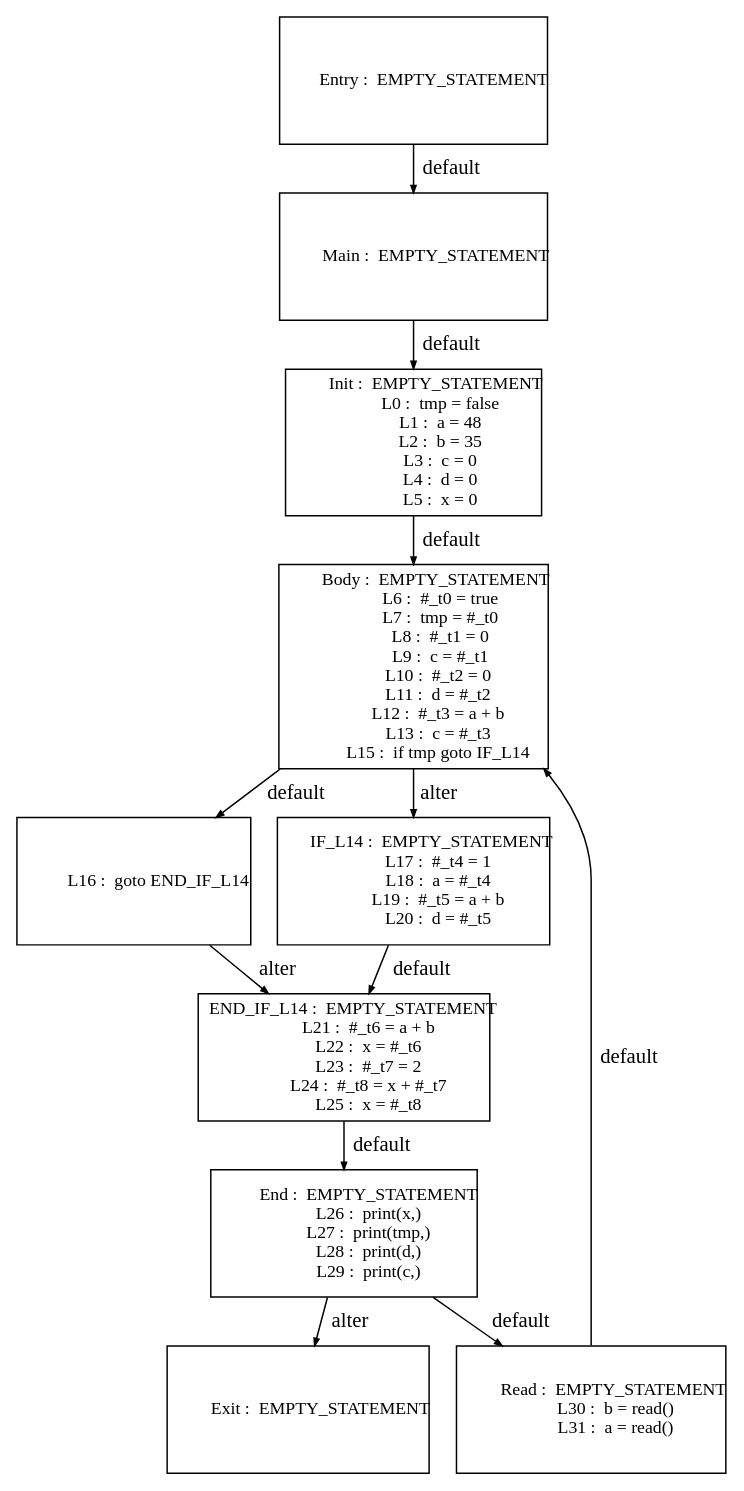
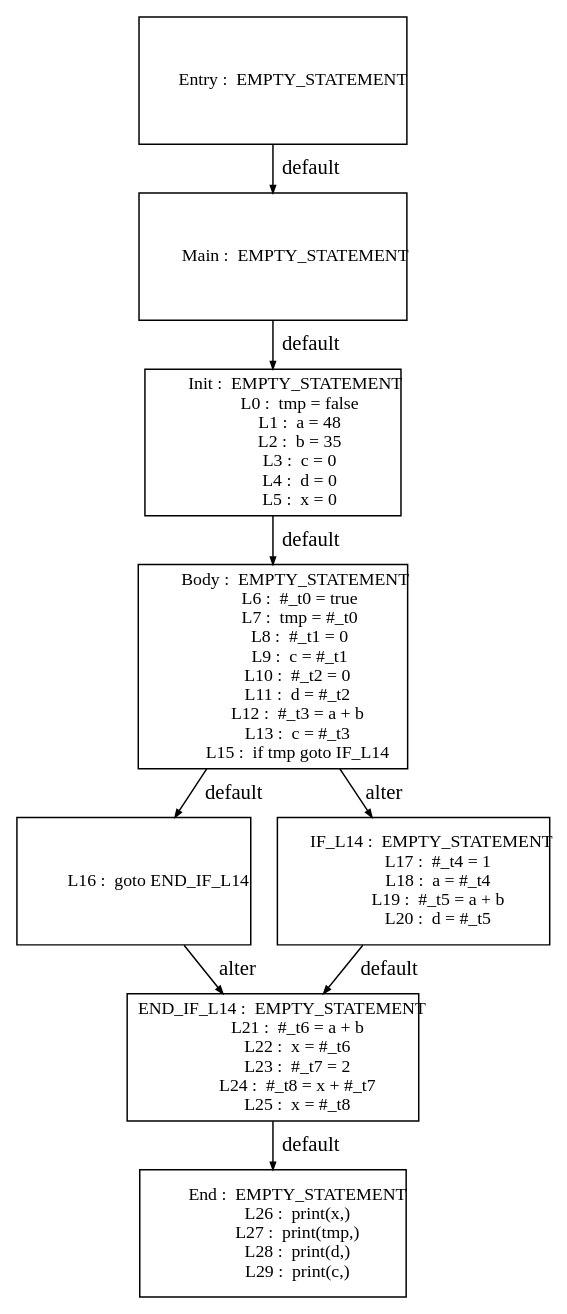
One commit to Geoffrey1014/ST_DSE changed the diagram in tests_programs/dataflow/08_test_output/Graph_origin_0.dot. Above: the diagram before and after it, drawn with Graphviz. The commit also changed 19 other files, not shown here.

```diff
--- a/tests_programs/dataflow/08_test_output/Graph_origin_0.dot
+++ b/tests_programs/dataflow/08_test_output/Graph_origin_0.dot
@@ -1,167 +1,133 @@
 digraph G {
   ranksep=.25;
   edge [arrowsize=.5]
   node [shape=rectangle, fontname="ArialNarrow",
         fontsize=12,  height=1.2];
   "           Main :  EMPTY_STATEMENT
 "; "           Init :  EMPTY_STATEMENT
              L0 :  tmp = false
              L1 :  a = 48
              L2 :  b = 35
              L3 :  c = 0
              L4 :  d = 0
              L5 :  x = 0
 "; "           Body :  EMPTY_STATEMENT
              L6 :  #_t0 = true
              L7 :  tmp = #_t0
              L8 :  #_t1 = 0
              L9 :  c = #_t1
             L10 :  #_t2 = 0
             L11 :  d = #_t2
             L12 :  #_t3 = a + b
             L13 :  c = #_t3
             L15 :  if tmp goto IF_L14
 "; "            L16 :  goto END_IF_L14
 "; "         IF_L14 :  EMPTY_STATEMENT
             L17 :  #_t4 = 1
             L18 :  a = #_t4
             L19 :  #_t5 = a + b
             L20 :  d = #_t5
 "; "     END_IF_L14 :  EMPTY_STATEMENT
             L21 :  #_t6 = a + b
             L22 :  x = #_t6
             L23 :  #_t7 = 2
             L24 :  #_t8 = x + #_t7
             L25 :  x = #_t8
 "; "          Entry :  EMPTY_STATEMENT
 "; "            End :  EMPTY_STATEMENT
             L26 :  print(x,)
             L27 :  print(tmp,)
             L28 :  print(d,)
             L29 :  print(c,)
-"; "           Exit :  EMPTY_STATEMENT
-"; "           Read :  EMPTY_STATEMENT
-            L30 :  b = read()
-            L31 :  a = read()
 "; 
   "           Main :  EMPTY_STATEMENT
 " -> "           Init :  EMPTY_STATEMENT
              L0 :  tmp = false
              L1 :  a = 48
              L2 :  b = 35
              L3 :  c = 0
              L4 :  d = 0
              L5 :  x = 0
 "  [label="default"];
   "           Init :  EMPTY_STATEMENT
              L0 :  tmp = false
              L1 :  a = 48
              L2 :  b = 35
              L3 :  c = 0
              L4 :  d = 0
              L5 :  x = 0
 " -> "           Body :  EMPTY_STATEMENT
              L6 :  #_t0 = true
              L7 :  tmp = #_t0
              L8 :  #_t1 = 0
              L9 :  c = #_t1
             L10 :  #_t2 = 0
             L11 :  d = #_t2
             L12 :  #_t3 = a + b
             L13 :  c = #_t3
             L15 :  if tmp goto IF_L14
 "  [label="default"];
   "           Body :  EMPTY_STATEMENT
              L6 :  #_t0 = true
              L7 :  tmp = #_t0
              L8 :  #_t1 = 0
              L9 :  c = #_t1
             L10 :  #_t2 = 0
             L11 :  d = #_t2
             L12 :  #_t3 = a + b
             L13 :  c = #_t3
             L15 :  if tmp goto IF_L14
 " -> "            L16 :  goto END_IF_L14
 "  [label="default"];
   "           Body :  EMPTY_STATEMENT
              L6 :  #_t0 = true
              L7 :  tmp = #_t0
              L8 :  #_t1 = 0
              L9 :  c = #_t1
             L10 :  #_t2 = 0
             L11 :  d = #_t2
             L12 :  #_t3 = a + b
             L13 :  c = #_t3
             L15 :  if tmp goto IF_L14
 " -> "         IF_L14 :  EMPTY_STATEMENT
             L17 :  #_t4 = 1
             L18 :  a = #_t4
             L19 :  #_t5 = a + b
             L20 :  d = #_t5
 "  [label="alter"];
   "            L16 :  goto END_IF_L14
 " -> "     END_IF_L14 :  EMPTY_STATEMENT
             L21 :  #_t6 = a + b
             L22 :  x = #_t6
             L23 :  #_t7 = 2
             L24 :  #_t8 = x + #_t7
             L25 :  x = #_t8
 "  [label="alter"];
   "         IF_L14 :  EMPTY_STATEMENT
             L17 :  #_t4 = 1
             L18 :  a = #_t4
             L19 :  #_t5 = a + b
             L20 :  d = #_t5
 " -> "     END_IF_L14 :  EMPTY_STATEMENT
             L21 :  #_t6 = a + b
             L22 :  x = #_t6
             L23 :  #_t7 = 2
             L24 :  #_t8 = x + #_t7
             L25 :  x = #_t8
 "  [label="default"];
   "     END_IF_L14 :  EMPTY_STATEMENT
             L21 :  #_t6 = a + b
             L22 :  x = #_t6
             L23 :  #_t7 = 2
             L24 :  #_t8 = x + #_t7
             L25 :  x = #_t8
 " -> "            End :  EMPTY_STATEMENT
             L26 :  print(x,)
             L27 :  print(tmp,)
             L28 :  print(d,)
             L29 :  print(c,)
 "  [label="default"];
   "          Entry :  EMPTY_STATEMENT
 " -> "           Main :  EMPTY_STATEMENT
 "  [label="default"];
-  "            End :  EMPTY_STATEMENT
-            L26 :  print(x,)
-            L27 :  print(tmp,)
-            L28 :  print(d,)
-            L29 :  print(c,)
-" -> "           Read :  EMPTY_STATEMENT
-            L30 :  b = read()
-            L31 :  a = read()
-"  [label="default"];
-  "            End :  EMPTY_STATEMENT
-            L26 :  print(x,)
-            L27 :  print(tmp,)
-            L28 :  print(d,)
-            L29 :  print(c,)
-" -> "           Exit :  EMPTY_STATEMENT
-"  [label="alter"];
-  "           Read :  EMPTY_STATEMENT
-            L30 :  b = read()
-            L31 :  a = read()
-" -> "           Body :  EMPTY_STATEMENT
-             L6 :  #_t0 = true
-             L7 :  tmp = #_t0
-             L8 :  #_t1 = 0
-             L9 :  c = #_t1
-            L10 :  #_t2 = 0
-            L11 :  d = #_t2
-            L12 :  #_t3 = a + b
-            L13 :  c = #_t3
-            L15 :  if tmp goto IF_L14
-"  [label="default"];
 }
```
